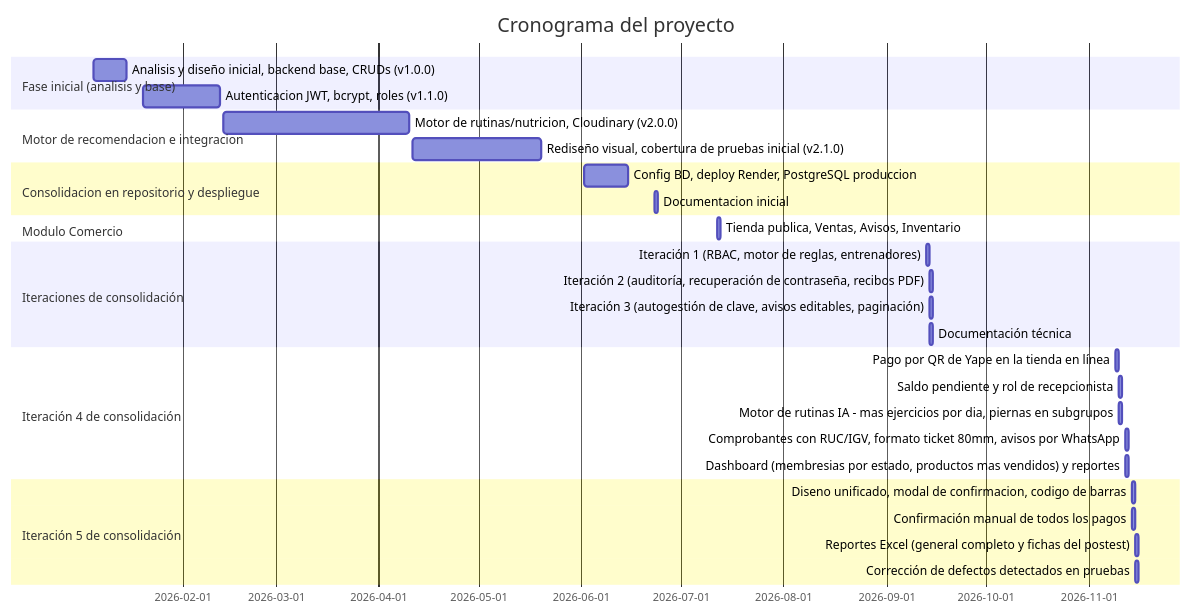
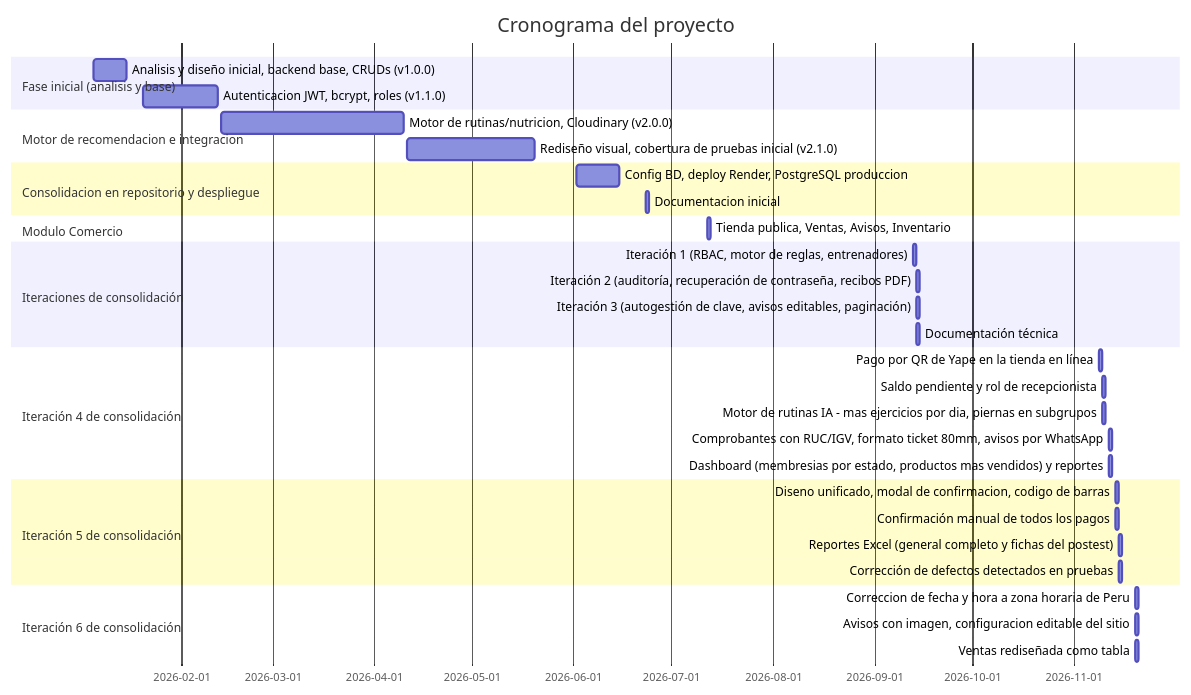
Before and after one commit to KeenGuerra/GleyforGymInvestigacion: the fourth of 11 diagrams in docs/07_Gestion_Proyecto/Intervencion_Metodologica.md, drawn with Mermaid. The commit also changed other lines of this file and 12 other files, not shown here.

First line of the commit message:
docs: documenta configuracion del sitio, avisos con imagen y correccion de zona horaria

````diff
--- a/docs/07_Gestion_Proyecto/Intervencion_Metodologica.md
+++ b/docs/07_Gestion_Proyecto/Intervencion_Metodologica.md
@@ -291,32 +293,36 @@
 ```mermaid
 gantt
     dateFormat YYYY-MM-DD
     title Cronograma del proyecto
     section Fase inicial (analisis y base)
     Analisis y diseño inicial, backend base, CRUDs (v1.0.0) :2026-01-05, 2026-01-15
     Autenticacion JWT, bcrypt, roles (v1.1.0) :2026-01-20, 2026-02-12
     section Motor de recomendacion e integracion
     Motor de rutinas/nutricion, Cloudinary (v2.0.0) :2026-02-13, 2026-04-10
     Rediseño visual, cobertura de pruebas inicial (v2.1.0) :2026-04-11, 2026-05-20
     section Consolidacion en repositorio y despliegue
     Config BD, deploy Render, PostgreSQL produccion :2026-06-02, 2026-06-15
     Documentacion inicial :2026-06-23, 1d
     section Modulo Comercio
     Tienda publica, Ventas, Avisos, Inventario :2026-07-12, 2026-07-13
     section Iteraciones de consolidación
     Iteración 1 (RBAC, motor de reglas, entrenadores) :2026-09-13, 1d
     Iteración 2 (auditoría, recuperación de contraseña, recibos PDF) :2026-09-14, 1d
     Iteración 3 (autogestión de clave, avisos editables, paginación) :2026-09-14, 1d
     Documentación técnica :2026-09-14, 2026-09-15
     section Iteración 4 de consolidación
     Pago por QR de Yape en la tienda en línea :2026-11-09, 2026-11-10
     Saldo pendiente y rol de recepcionista :2026-11-10, 1d
     Motor de rutinas IA - mas ejercicios por dia, piernas en subgrupos :2026-11-10, 1d
     Comprobantes con RUC/IGV, formato ticket 80mm, avisos por WhatsApp :2026-11-12, 1d
     Dashboard (membresias por estado, productos mas vendidos) y reportes :2026-11-12, 1d
     section Iteración 5 de consolidación
     Diseno unificado, modal de confirmacion, codigo de barras :2026-11-14, 1d
     Confirmación manual de todos los pagos :2026-11-14, 1d
     Reportes Excel (general completo y fichas del postest) :2026-11-15, 1d
     Corrección de defectos detectados en pruebas :2026-11-15, 1d
+    section Iteración 6 de consolidación
+    Correccion de fecha y hora a zona horaria de Peru :2026-11-20, 1d
+    Avisos con imagen, configuracion editable del sitio :2026-11-20, 1d
+    Ventas rediseñada como tabla :2026-11-20, 1d
 ```
````
